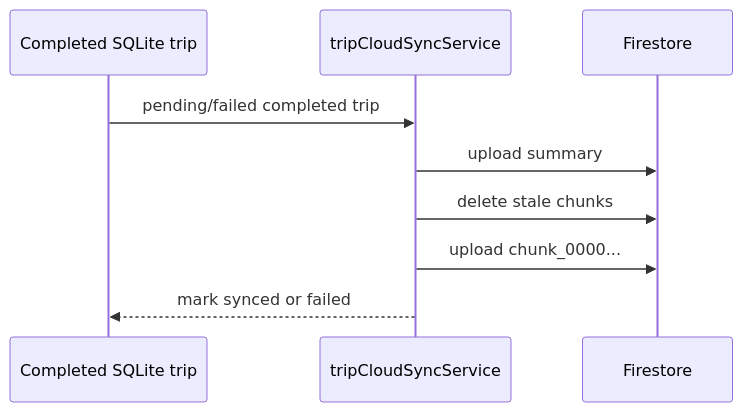
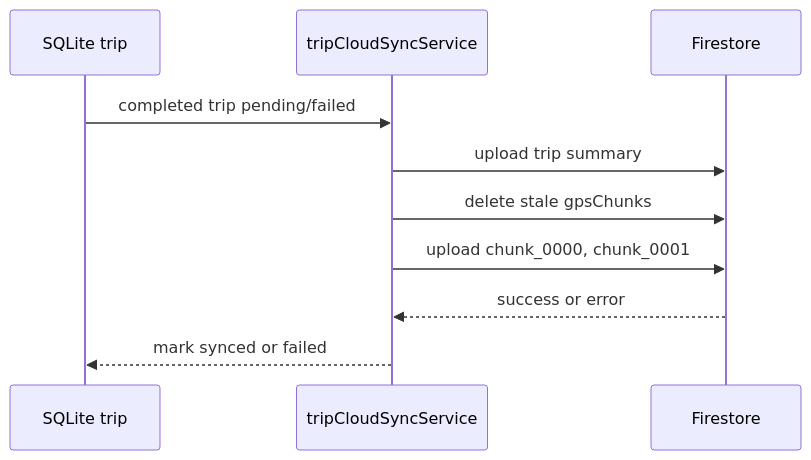
Before and after one commit to bupbalabup/MMA301: the fourth of 4 diagrams in PROJECT_EXPORT.md, drawn with Mermaid. The commit also changed other lines of this file and 22 other files, not shown here.

````diff
--- a/PROJECT_EXPORT.md
+++ b/PROJECT_EXPORT.md
@@ -223,11 +371,12 @@
 ```mermaid
 sequenceDiagram
-  participant Trip as Completed SQLite trip
+  participant SQLite as SQLite trip
   participant Sync as tripCloudSyncService
   participant Cloud as Firestore
-  Trip->>Sync: pending/failed completed trip
-  Sync->>Cloud: upload summary
-  Sync->>Cloud: delete stale chunks
-  Sync->>Cloud: upload chunk_0000...
-  Sync-->>Trip: mark synced or failed
+  SQLite->>Sync: completed trip pending/failed
+  Sync->>Cloud: upload trip summary
+  Sync->>Cloud: delete stale gpsChunks
+  Sync->>Cloud: upload chunk_0000, chunk_0001
+  Cloud-->>Sync: success or error
+  Sync-->>SQLite: mark synced or failed
 ```
````
